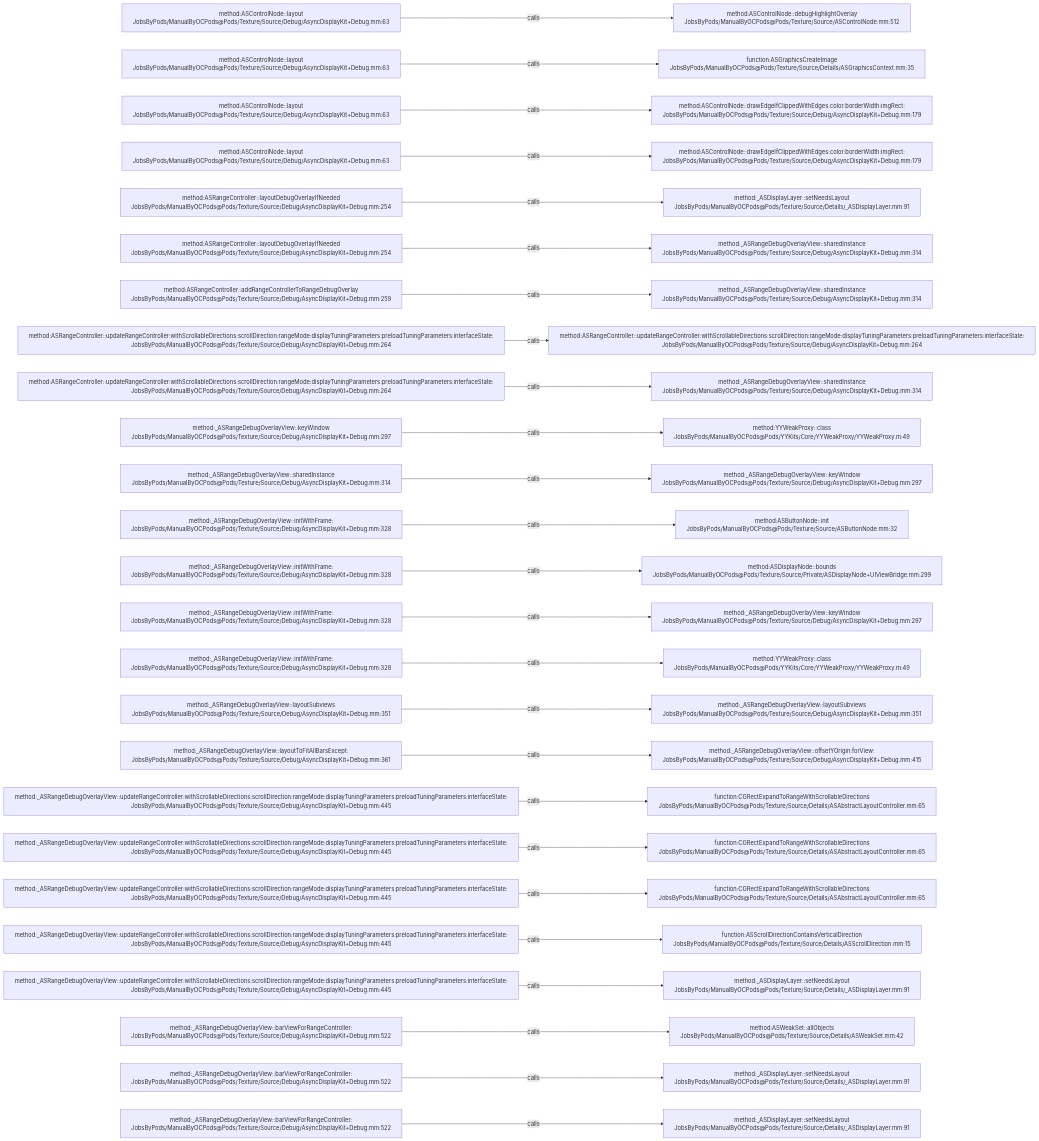
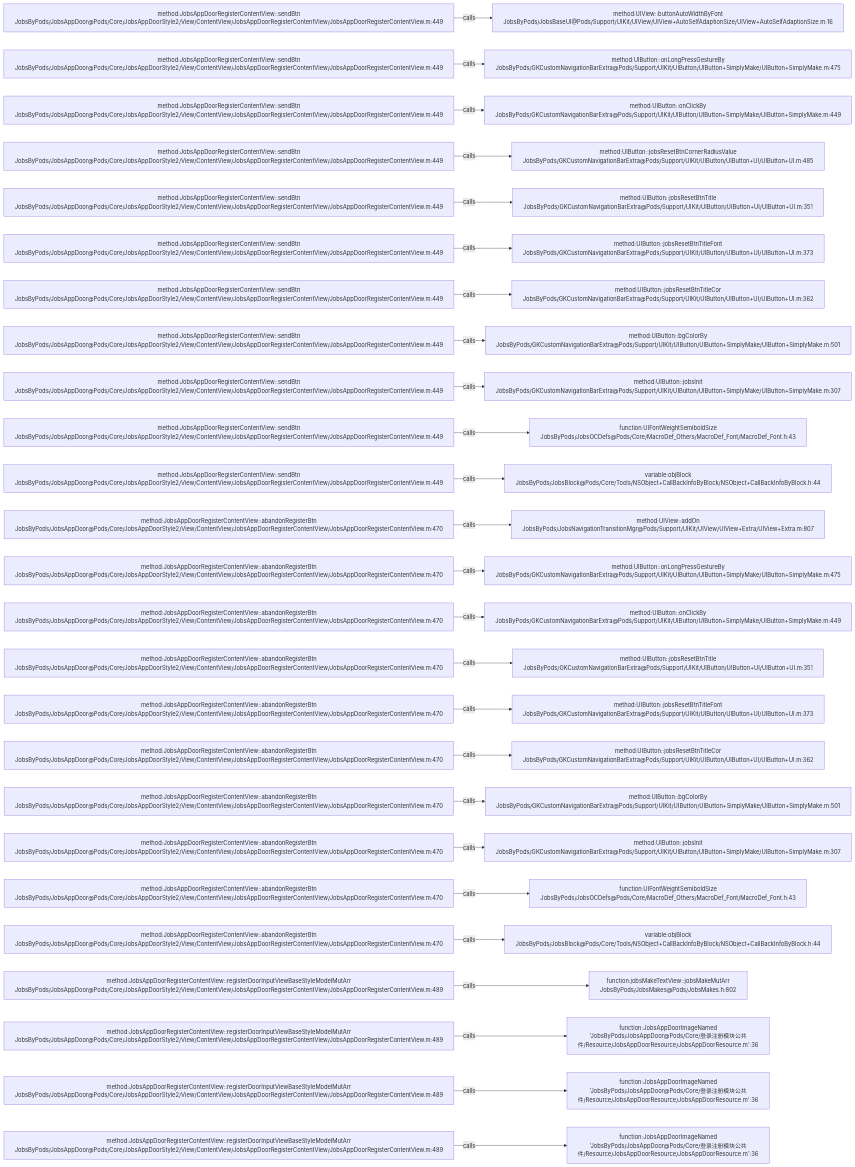
The diagram in .codegraph/codegraph.md/graphs/calls-133.md (JobsKits/JobsOCBaseConfigDemo), drawn with Mermaid before and after one commit. The commit also changed 768 other files, not shown here.

````diff
--- a/.codegraph/codegraph.md/graphs/calls-133.md
+++ b/.codegraph/codegraph.md/graphs/calls-133.md
@@ -13,78 +13,78 @@
 ```mermaid
 flowchart LR
-  S1["method:ASControlNode::layout<br/>JobsByPods/ManualByOCPods@Pods/Texture/Source/Debug/AsyncDisplayKit+Debug.mm:63"]
-  T1["method:ASControlNode::debugHighlightOverlay<br/>JobsByPods/ManualByOCPods@Pods/Texture/Source/ASControlNode.mm:512"]
+  S1["method:JobsAppDoorRegisterContentView::sendBtn<br/>JobsByPods/JobsAppDoor@Pods/Core/JobsAppDoorStyle2/View/ContentView/JobsAppDoorRegisterContentView/JobsAppDoorRegisterContentView.m:449"]
+  T1["method:UIView::buttonAutoWidthByFont<br/>JobsByPods/JobsBaseUI@Pods/Support/UIKit/UIView/UIView+AutoSelfAdaptionSize/UIView+AutoSelfAdaptionSize.m:16"]
   S1 -->|calls| T1
-  S2["method:ASControlNode::layout<br/>JobsByPods/ManualByOCPods@Pods/Texture/Source/Debug/AsyncDisplayKit+Debug.mm:63"]
-  T2["function:ASGraphicsCreateImage<br/>JobsByPods/ManualByOCPods@Pods/Texture/Source/Details/ASGraphicsContext.mm:35"]
+  S2["method:JobsAppDoorRegisterContentView::sendBtn<br/>JobsByPods/JobsAppDoor@Pods/Core/JobsAppDoorStyle2/View/ContentView/JobsAppDoorRegisterContentView/JobsAppDoorRegisterContentView.m:449"]
+  T2["method:UIButton::onLongPressGestureBy<br/>JobsByPods/GKCustomNavigationBarExtra@Pods/Support/UIKit/UIButton/UIButton+SimplyMake/UIButton+SimplyMake.m:475"]
   S2 -->|calls| T2
-  S3["method:ASControlNode::layout<br/>JobsByPods/ManualByOCPods@Pods/Texture/Source/Debug/AsyncDisplayKit+Debug.mm:63"]
-  T3["method:ASControlNode::drawEdgeIfClippedWithEdges:color:borderWidth:imgRect:<br/>JobsByPods/ManualByOCPods@Pods/Texture/Source/Debug/AsyncDisplayKit+Debug.mm:179"]
+  S3["method:JobsAppDoorRegisterContentView::sendBtn<br/>JobsByPods/JobsAppDoor@Pods/Core/JobsAppDoorStyle2/View/ContentView/JobsAppDoorRegisterContentView/JobsAppDoorRegisterContentView.m:449"]
+  T3["method:UIButton::onClickBy<br/>JobsByPods/GKCustomNavigationBarExtra@Pods/Support/UIKit/UIButton/UIButton+SimplyMake/UIButton+SimplyMake.m:449"]
   S3 -->|calls| T3
-  S4["method:ASControlNode::layout<br/>JobsByPods/ManualByOCPods@Pods/Texture/Source/Debug/AsyncDisplayKit+Debug.mm:63"]
-  T4["method:ASControlNode::drawEdgeIfClippedWithEdges:color:borderWidth:imgRect:<br/>JobsByPods/ManualByOCPods@Pods/Texture/Source/Debug/AsyncDisplayKit+Debug.mm:179"]
+  S4["method:JobsAppDoorRegisterContentView::sendBtn<br/>JobsByPods/JobsAppDoor@Pods/Core/JobsAppDoorStyle2/View/ContentView/JobsAppDoorRegisterContentView/JobsAppDoorRegisterContentView.m:449"]
+  T4["method:UIButton::jobsResetBtnCornerRadiusValue<br/>JobsByPods/GKCustomNavigationBarExtra@Pods/Support/UIKit/UIButton/UIButton+UI/UIButton+UI.m:485"]
   S4 -->|calls| T4
-  S5["method:ASRangeController::layoutDebugOverlayIfNeeded<br/>JobsByPods/ManualByOCPods@Pods/Texture/Source/Debug/AsyncDisplayKit+Debug.mm:254"]
-  T5["method:_ASDisplayLayer::setNeedsLayout<br/>JobsByPods/ManualByOCPods@Pods/Texture/Source/Details/_ASDisplayLayer.mm:91"]
+  S5["method:JobsAppDoorRegisterContentView::sendBtn<br/>JobsByPods/JobsAppDoor@Pods/Core/JobsAppDoorStyle2/View/ContentView/JobsAppDoorRegisterContentView/JobsAppDoorRegisterContentView.m:449"]
+  T5["method:UIButton::jobsResetBtnTitle<br/>JobsByPods/GKCustomNavigationBarExtra@Pods/Support/UIKit/UIButton/UIButton+UI/UIButton+UI.m:351"]
   S5 -->|calls| T5
-  S6["method:ASRangeController::layoutDebugOverlayIfNeeded<br/>JobsByPods/ManualByOCPods@Pods/Texture/Source/Debug/AsyncDisplayKit+Debug.mm:254"]
-  T6["method:_ASRangeDebugOverlayView::sharedInstance<br/>JobsByPods/ManualByOCPods@Pods/Texture/Source/Debug/AsyncDisplayKit+Debug.mm:314"]
+  S6["method:JobsAppDoorRegisterContentView::sendBtn<br/>JobsByPods/JobsAppDoor@Pods/Core/JobsAppDoorStyle2/View/ContentView/JobsAppDoorRegisterContentView/JobsAppDoorRegisterContentView.m:449"]
+  T6["method:UIButton::jobsResetBtnTitleFont<br/>JobsByPods/GKCustomNavigationBarExtra@Pods/Support/UIKit/UIButton/UIButton+UI/UIButton+UI.m:373"]
   S6 -->|calls| T6
-  S7["method:ASRangeController::addRangeControllerToRangeDebugOverlay<br/>JobsByPods/ManualByOCPods@Pods/Texture/Source/Debug/AsyncDisplayKit+Debug.mm:259"]
-  T7["method:_ASRangeDebugOverlayView::sharedInstance<br/>JobsByPods/ManualByOCPods@Pods/Texture/Source/Debug/AsyncDisplayKit+Debug.mm:314"]
+  S7["method:JobsAppDoorRegisterContentView::sendBtn<br/>JobsByPods/JobsAppDoor@Pods/Core/JobsAppDoorStyle2/View/ContentView/JobsAppDoorRegisterContentView/JobsAppDoorRegisterContentView.m:449"]
+  T7["method:UIButton::jobsResetBtnTitleCor<br/>JobsByPods/GKCustomNavigationBarExtra@Pods/Support/UIKit/UIButton/UIButton+UI/UIButton+UI.m:362"]
   S7 -->|calls| T7
-  S8["method:ASRangeController::updateRangeController:withScrollableDirections:scrollDirection:rangeMode:displayTuningParameters:preloadTuningParameters:interfaceState:<br/>JobsByPods/ManualByOCPods@Pods/Texture/Source/Debug/AsyncDisplayKit+Debug.mm:264"]
-  T8["method:ASRangeController::updateRangeController:withScrollableDirections:scrollDirection:rangeMode:displayTuningParameters:preloadTuningParameters:interfaceState:<br/>JobsByPods/ManualByOCPods@Pods/Texture/Source/Debug/AsyncDisplayKit+Debug.mm:264"]
+  S8["method:JobsAppDoorRegisterContentView::sendBtn<br/>JobsByPods/JobsAppDoor@Pods/Core/JobsAppDoorStyle2/View/ContentView/JobsAppDoorRegisterContentView/JobsAppDoorRegisterContentView.m:449"]
+  T8["method:UIButton::bgColorBy<br/>JobsByPods/GKCustomNavigationBarExtra@Pods/Support/UIKit/UIButton/UIButton+SimplyMake/UIButton+SimplyMake.m:501"]
   S8 -->|calls| T8
-  S9["method:ASRangeController::updateRangeController:withScrollableDirections:scrollDirection:rangeMode:displayTuningParameters:preloadTuningParameters:interfaceState:<br/>JobsByPods/ManualByOCPods@Pods/Texture/Source/Debug/AsyncDisplayKit+Debug.mm:264"]
-  T9["method:_ASRangeDebugOverlayView::sharedInstance<br/>JobsByPods/ManualByOCPods@Pods/Texture/Source/Debug/AsyncDisplayKit+Debug.mm:314"]
+  S9["method:JobsAppDoorRegisterContentView::sendBtn<br/>JobsByPods/JobsAppDoor@Pods/Core/JobsAppDoorStyle2/View/ContentView/JobsAppDoorRegisterContentView/JobsAppDoorRegisterContentView.m:449"]
+  T9["method:UIButton::jobsInit<br/>JobsByPods/GKCustomNavigationBarExtra@Pods/Support/UIKit/UIButton/UIButton+SimplyMake/UIButton+SimplyMake.m:307"]
   S9 -->|calls| T9
-  S10["method:_ASRangeDebugOverlayView::keyWindow<br/>JobsByPods/ManualByOCPods@Pods/Texture/Source/Debug/AsyncDisplayKit+Debug.mm:297"]
-  T10["method:YYWeakProxy::class<br/>JobsByPods/ManualByOCPods@Pods/YYKits/Core/YYWeakProxy/YYWeakProxy.m:49"]
+  S10["method:JobsAppDoorRegisterContentView::sendBtn<br/>JobsByPods/JobsAppDoor@Pods/Core/JobsAppDoorStyle2/View/ContentView/JobsAppDoorRegisterContentView/JobsAppDoorRegisterContentView.m:449"]
+  T10["function:UIFontWeightSemiboldSize<br/>JobsByPods/JobsOCDefs@Pods/Core/MacroDef_Others/MacroDef_Font/MacroDef_Font.h:43"]
   S10 -->|calls| T10
-  S11["method:_ASRangeDebugOverlayView::sharedInstance<br/>JobsByPods/ManualByOCPods@Pods/Texture/Source/Debug/AsyncDisplayKit+Debug.mm:314"]
-  T11["method:_ASRangeDebugOverlayView::keyWindow<br/>JobsByPods/ManualByOCPods@Pods/Texture/Source/Debug/AsyncDisplayKit+Debug.mm:297"]
+  S11["method:JobsAppDoorRegisterContentView::sendBtn<br/>JobsByPods/JobsAppDoor@Pods/Core/JobsAppDoorStyle2/View/ContentView/JobsAppDoorRegisterContentView/JobsAppDoorRegisterContentView.m:449"]
+  T11["variable:objBlock<br/>JobsByPods/JobsBlock@Pods/Core/Tools/NSObject+CallBackInfoByBlock/NSObject+CallBackInfoByBlock.h:44"]
   S11 -->|calls| T11
-  S12["method:_ASRangeDebugOverlayView::initWithFrame:<br/>JobsByPods/ManualByOCPods@Pods/Texture/Source/Debug/AsyncDisplayKit+Debug.mm:328"]
-  T12["method:ASButtonNode::init<br/>JobsByPods/ManualByOCPods@Pods/Texture/Source/ASButtonNode.mm:32"]
+  S12["method:JobsAppDoorRegisterContentView::abandonRegisterBtn<br/>JobsByPods/JobsAppDoor@Pods/Core/JobsAppDoorStyle2/View/ContentView/JobsAppDoorRegisterContentView/JobsAppDoorRegisterContentView.m:470"]
+  T12["method:UIView::addOn<br/>JobsByPods/JobsNavigationTransitionMgr@Pods/Support/UIKit/UIView/UIView+Extra/UIView+Extra.m:807"]
   S12 -->|calls| T12
-  S13["method:_ASRangeDebugOverlayView::initWithFrame:<br/>JobsByPods/ManualByOCPods@Pods/Texture/Source/Debug/AsyncDisplayKit+Debug.mm:328"]
-  T13["method:ASDisplayNode::bounds<br/>JobsByPods/ManualByOCPods@Pods/Texture/Source/Private/ASDisplayNode+UIViewBridge.mm:299"]
+  S13["method:JobsAppDoorRegisterContentView::abandonRegisterBtn<br/>JobsByPods/JobsAppDoor@Pods/Core/JobsAppDoorStyle2/View/ContentView/JobsAppDoorRegisterContentView/JobsAppDoorRegisterContentView.m:470"]
+  T13["method:UIButton::onLongPressGestureBy<br/>JobsByPods/GKCustomNavigationBarExtra@Pods/Support/UIKit/UIButton/UIButton+SimplyMake/UIButton+SimplyMake.m:475"]
   S13 -->|calls| T13
-  S14["method:_ASRangeDebugOverlayView::initWithFrame:<br/>JobsByPods/ManualByOCPods@Pods/Texture/Source/Debug/AsyncDisplayKit+Debug.mm:328"]
-  T14["method:_ASRangeDebugOverlayView::keyWindow<br/>JobsByPods/ManualByOCPods@Pods/Texture/Source/Debug/AsyncDisplayKit+Debug.mm:297"]
+  S14["method:JobsAppDoorRegisterContentView::abandonRegisterBtn<br/>JobsByPods/JobsAppDoor@Pods/Core/JobsAppDoorStyle2/View/ContentView/JobsAppDoorRegisterContentView/JobsAppDoorRegisterContentView.m:470"]
+  T14["method:UIButton::onClickBy<br/>JobsByPods/GKCustomNavigationBarExtra@Pods/Support/UIKit/UIButton/UIButton+SimplyMake/UIButton+SimplyMake.m:449"]
   S14 -->|calls| T14
-  S15["method:_ASRangeDebugOverlayView::initWithFrame:<br/>JobsByPods/ManualByOCPods@Pods/Texture/Source/Debug/AsyncDisplayKit+Debug.mm:328"]
-  T15["method:YYWeakProxy::class<br/>JobsByPods/ManualByOCPods@Pods/YYKits/Core/YYWeakProxy/YYWeakProxy.m:49"]
+  S15["method:JobsAppDoorRegisterContentView::abandonRegisterBtn<br/>JobsByPods/JobsAppDoor@Pods/Core/JobsAppDoorStyle2/View/ContentView/JobsAppDoorRegisterContentView/JobsAppDoorRegisterContentView.m:470"]
+  T15["method:UIButton::jobsResetBtnTitle<br/>JobsByPods/GKCustomNavigationBarExtra@Pods/Support/UIKit/UIButton/UIButton+UI/UIButton+UI.m:351"]
   S15 -->|calls| T15
-  S16["method:_ASRangeDebugOverlayView::layoutSubviews<br/>JobsByPods/ManualByOCPods@Pods/Texture/Source/Debug/AsyncDisplayKit+Debug.mm:351"]
-  T16["method:_ASRangeDebugOverlayView::layoutSubviews<br/>JobsByPods/ManualByOCPods@Pods/Texture/Source/Debug/AsyncDisplayKit+Debug.mm:351"]
+  S16["method:JobsAppDoorRegisterContentView::abandonRegisterBtn<br/>JobsByPods/JobsAppDoor@Pods/Core/JobsAppDoorStyle2/View/ContentView/JobsAppDoorRegisterContentView/JobsAppDoorRegisterContentView.m:470"]
+  T16["method:UIButton::jobsResetBtnTitleFont<br/>JobsByPods/GKCustomNavigationBarExtra@Pods/Support/UIKit/UIButton/UIButton+UI/UIButton+UI.m:373"]
   S16 -->|calls| T16
-  S17["method:_ASRangeDebugOverlayView::layoutToFitAllBarsExcept:<br/>JobsByPods/ManualByOCPods@Pods/Texture/Source/Debug/AsyncDisplayKit+Debug.mm:361"]
-  T17["method:_ASRangeDebugOverlayView::offsetYOrigin:forView:<br/>JobsByPods/ManualByOCPods@Pods/Texture/Source/Debug/AsyncDisplayKit+Debug.mm:415"]
+  S17["method:JobsAppDoorRegisterContentView::abandonRegisterBtn<br/>JobsByPods/JobsAppDoor@Pods/Core/JobsAppDoorStyle2/View/ContentView/JobsAppDoorRegisterContentView/JobsAppDoorRegisterContentView.m:470"]
+  T17["method:UIButton::jobsResetBtnTitleCor<br/>JobsByPods/GKCustomNavigationBarExtra@Pods/Support/UIKit/UIButton/UIButton+UI/UIButton+UI.m:362"]
   S17 -->|calls| T17
-  S18["method:_ASRangeDebugOverlayView::updateRangeController:withScrollableDirections:scrollDirection:rangeMode:displayTuningParameters:preloadTuningParameters:interfaceState:<br/>JobsByPods/ManualByOCPods@Pods/Texture/Source/Debug/AsyncDisplayKit+Debug.mm:445"]
-  T18["function:CGRectExpandToRangeWithScrollableDirections<br/>JobsByPods/ManualByOCPods@Pods/Texture/Source/Details/ASAbstractLayoutController.mm:65"]
+  S18["method:JobsAppDoorRegisterContentView::abandonRegisterBtn<br/>JobsByPods/JobsAppDoor@Pods/Core/JobsAppDoorStyle2/View/ContentView/JobsAppDoorRegisterContentView/JobsAppDoorRegisterContentView.m:470"]
+  T18["method:UIButton::bgColorBy<br/>JobsByPods/GKCustomNavigationBarExtra@Pods/Support/UIKit/UIButton/UIButton+SimplyMake/UIButton+SimplyMake.m:501"]
   S18 -->|calls| T18
-  S19["method:_ASRangeDebugOverlayView::updateRangeController:withScrollableDirections:scrollDirection:rangeMode:displayTuningParameters:preloadTuningParameters:interfaceState:<br/>JobsByPods/ManualByOCPods@Pods/Texture/Source/Debug/AsyncDisplayKit+Debug.mm:445"]
-  T19["function:CGRectExpandToRangeWithScrollableDirections<br/>JobsByPods/ManualByOCPods@Pods/Texture/Source/Details/ASAbstractLayoutController.mm:65"]
+  S19["method:JobsAppDoorRegisterContentView::abandonRegisterBtn<br/>JobsByPods/JobsAppDoor@Pods/Core/JobsAppDoorStyle2/View/ContentView/JobsAppDoorRegisterContentView/JobsAppDoorRegisterContentView.m:470"]
+  T19["method:UIButton::jobsInit<br/>JobsByPods/GKCustomNavigationBarExtra@Pods/Support/UIKit/UIButton/UIButton+SimplyMake/UIButton+SimplyMake.m:307"]
   S19 -->|calls| T19
-  S20["method:_ASRangeDebugOverlayView::updateRangeController:withScrollableDirections:scrollDirection:rangeMode:displayTuningParameters:preloadTuningParameters:interfaceState:<br/>JobsByPods/ManualByOCPods@Pods/Texture/Source/Debug/AsyncDisplayKit+Debug.mm:445"]
-  T20["function:CGRectExpandToRangeWithScrollableDirections<br/>JobsByPods/ManualByOCPods@Pods/Texture/Source/Details/ASAbstractLayoutController.mm:65"]
+  S20["method:JobsAppDoorRegisterContentView::abandonRegisterBtn<br/>JobsByPods/JobsAppDoor@Pods/Core/JobsAppDoorStyle2/View/ContentView/JobsAppDoorRegisterContentView/JobsAppDoorRegisterContentView.m:470"]
+  T20["function:UIFontWeightSemiboldSize<br/>JobsByPods/JobsOCDefs@Pods/Core/MacroDef_Others/MacroDef_Font/MacroDef_Font.h:43"]
   S20 -->|calls| T20
-  S21["method:_ASRangeDebugOverlayView::updateRangeController:withScrollableDirections:scrollDirection:rangeMode:displayTuningParameters:preloadTuningParameters:interfaceState:<br/>JobsByPods/ManualByOCPods@Pods/Texture/Source/Debug/AsyncDisplayKit+Debug.mm:445"]
-  T21["function:ASScrollDirectionContainsVerticalDirection<br/>JobsByPods/ManualByOCPods@Pods/Texture/Source/Details/ASScrollDirection.mm:15"]
+  S21["method:JobsAppDoorRegisterContentView::abandonRegisterBtn<br/>JobsByPods/JobsAppDoor@Pods/Core/JobsAppDoorStyle2/View/ContentView/JobsAppDoorRegisterContentView/JobsAppDoorRegisterContentView.m:470"]
+  T21["variable:objBlock<br/>JobsByPods/JobsBlock@Pods/Core/Tools/NSObject+CallBackInfoByBlock/NSObject+CallBackInfoByBlock.h:44"]
   S21 -->|calls| T21
-  S22["method:_ASRangeDebugOverlayView::updateRangeController:withScrollableDirections:scrollDirection:rangeMode:displayTuningParameters:preloadTuningParameters:interfaceState:<br/>JobsByPods/ManualByOCPods@Pods/Texture/Source/Debug/AsyncDisplayKit+Debug.mm:445"]
-  T22["method:_ASDisplayLayer::setNeedsLayout<br/>JobsByPods/ManualByOCPods@Pods/Texture/Source/Details/_ASDisplayLayer.mm:91"]
+  S22["method:JobsAppDoorRegisterContentView::registerDoorInputViewBaseStyleModelMutArr<br/>JobsByPods/JobsAppDoor@Pods/Core/JobsAppDoorStyle2/View/ContentView/JobsAppDoorRegisterContentView/JobsAppDoorRegisterContentView.m:489"]
+  T22["function:jobsMakeTextView::jobsMakeMutArr<br/>JobsByPods/JobsMakes@Pods/JobsMakes.h:802"]
   S22 -->|calls| T22
-  S23["method:_ASRangeDebugOverlayView::barViewForRangeController:<br/>JobsByPods/ManualByOCPods@Pods/Texture/Source/Debug/AsyncDisplayKit+Debug.mm:522"]
-  T23["method:ASWeakSet::allObjects<br/>JobsByPods/ManualByOCPods@Pods/Texture/Source/Details/ASWeakSet.mm:42"]
+  S23["method:JobsAppDoorRegisterContentView::registerDoorInputViewBaseStyleModelMutArr<br/>JobsByPods/JobsAppDoor@Pods/Core/JobsAppDoorStyle2/View/ContentView/JobsAppDoorRegisterContentView/JobsAppDoorRegisterContentView.m:489"]
+  T23["function:JobsAppDoorImageNamed<br/>'JobsByPods/JobsAppDoor@Pods/Core/登录注册模块公共件/Resource/JobsAppDoorResource/JobsAppDoorResource.m':36"]
   S23 -->|calls| T23
-  S24["method:_ASRangeDebugOverlayView::barViewForRangeController:<br/>JobsByPods/ManualByOCPods@Pods/Texture/Source/Debug/AsyncDisplayKit+Debug.mm:522"]
-  T24["method:_ASDisplayLayer::setNeedsLayout<br/>JobsByPods/ManualByOCPods@Pods/Texture/Source/Details/_ASDisplayLayer.mm:91"]
+  S24["method:JobsAppDoorRegisterContentView::registerDoorInputViewBaseStyleModelMutArr<br/>JobsByPods/JobsAppDoor@Pods/Core/JobsAppDoorStyle2/View/ContentView/JobsAppDoorRegisterContentView/JobsAppDoorRegisterContentView.m:489"]
+  T24["function:JobsAppDoorImageNamed<br/>'JobsByPods/JobsAppDoor@Pods/Core/登录注册模块公共件/Resource/JobsAppDoorResource/JobsAppDoorResource.m':36"]
   S24 -->|calls| T24
-  S25["method:_ASRangeDebugOverlayView::barViewForRangeController:<br/>JobsByPods/ManualByOCPods@Pods/Texture/Source/Debug/AsyncDisplayKit+Debug.mm:522"]
-  T25["method:_ASDisplayLayer::setNeedsLayout<br/>JobsByPods/ManualByOCPods@Pods/Texture/Source/Details/_ASDisplayLayer.mm:91"]
+  S25["method:JobsAppDoorRegisterContentView::registerDoorInputViewBaseStyleModelMutArr<br/>JobsByPods/JobsAppDoor@Pods/Core/JobsAppDoorStyle2/View/ContentView/JobsAppDoorRegisterContentView/JobsAppDoorRegisterContentView.m:489"]
+  T25["function:JobsAppDoorImageNamed<br/>'JobsByPods/JobsAppDoor@Pods/Core/登录注册模块公共件/Resource/JobsAppDoorResource/JobsAppDoorResource.m':36"]
   S25 -->|calls| T25
 ```
````
